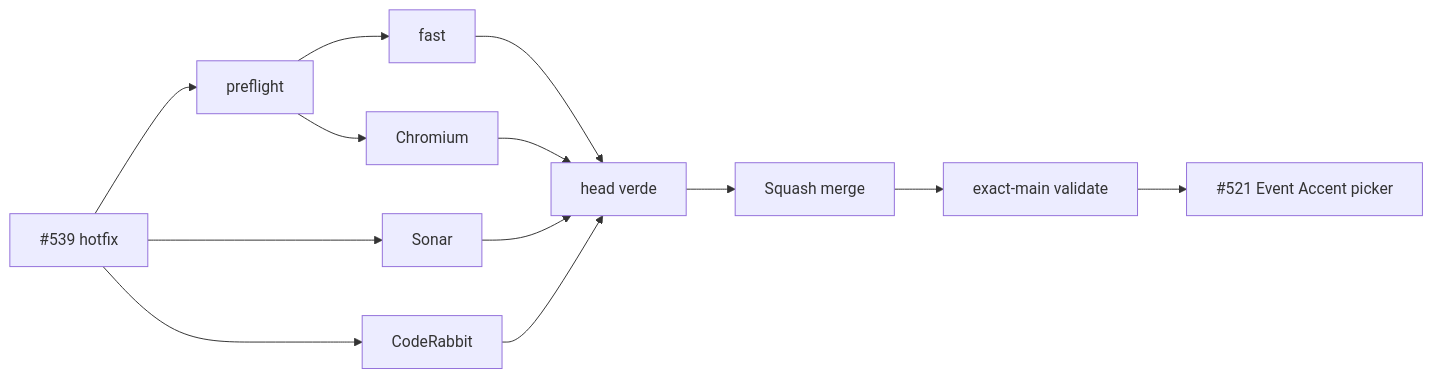
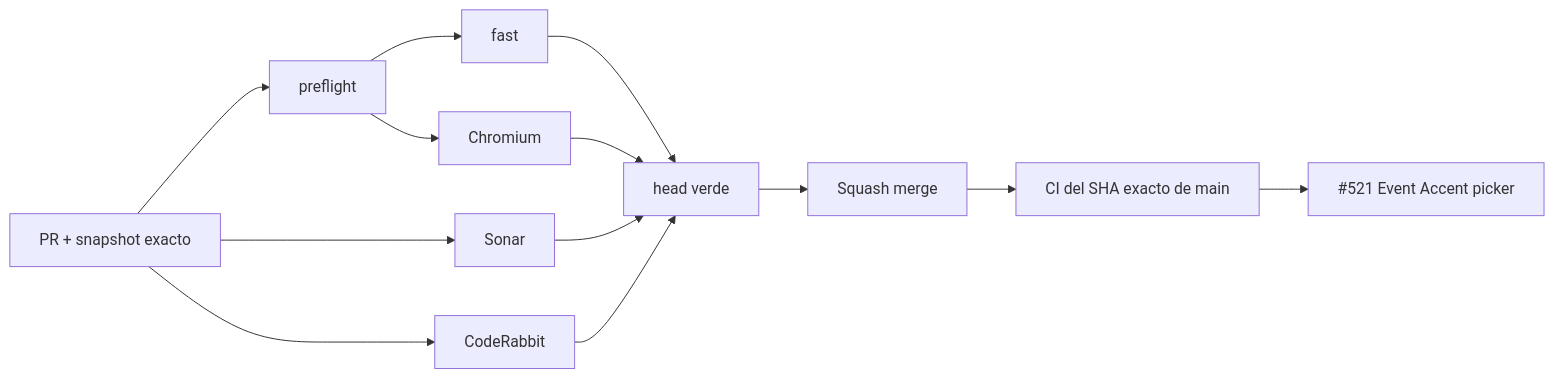
One commit to pl0n3r/brvtal changed the diagram in README.md. Above: the diagram before and after it, drawn with Mermaid. The commit also changed other lines of this file, not shown here.

Commit message:
docs: preserve README dashboard markers

````diff
--- a/README.md
+++ b/README.md
@@ -44,15 +44,15 @@
 ```mermaid
 flowchart LR
-    A["#539 hotfix"] --> P["preflight"]
+    A["PR + snapshot exacto"] --> P["preflight"]
     P --> F["fast"]
     P --> C["Chromium"]
     A --> S["Sonar"]
     A --> R["CodeRabbit"]
     F --> G["head verde"]
     C --> G
     S --> G
     R --> G
     G --> M["Squash merge"]
-    M --> X["exact-main validate"]
+    M --> X["CI del SHA exacto de main"]
     X --> N["#521 Event Accent picker"]
 ```
````
